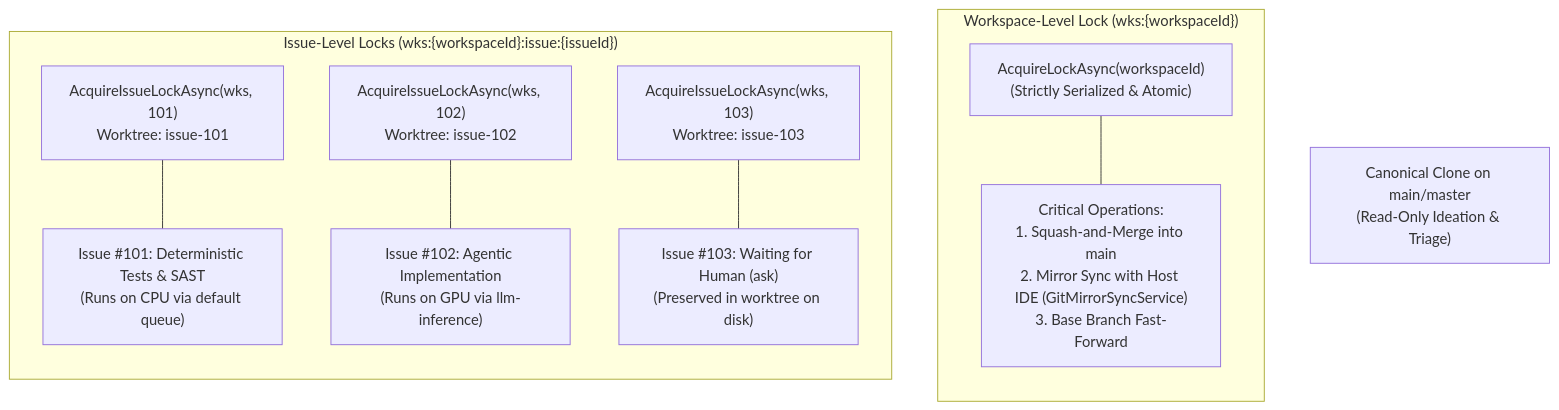
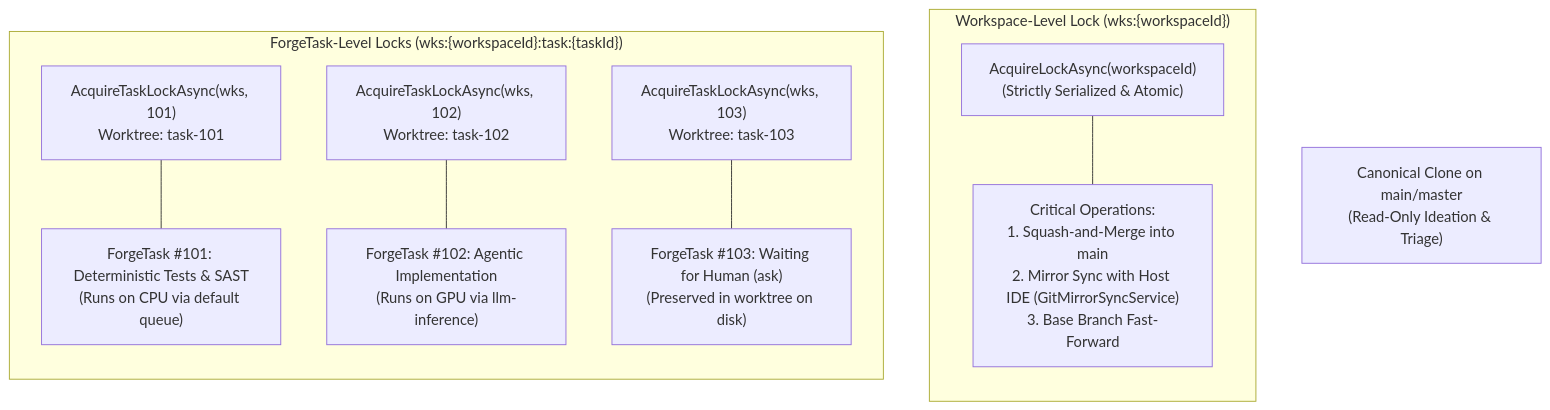
One commit to jetelain/NightCodeForge changed diagram 11 of 22 in docs/ARCHITECTURE.md. Above: the diagram before and after it, drawn with Mermaid. The commit also changed other lines of this file and 151 other files, not shown here.

Commit message:
Issue -> Task

````diff
--- a/docs/ARCHITECTURE.md
+++ b/docs/ARCHITECTURE.md
@@ -705,26 +705,26 @@
 ```mermaid
 flowchart TD
     subgraph WksLevel ["Workspace-Level Lock (wks:{workspaceId})"]
         direction TB
         WksLock["AcquireLockAsync(workspaceId)\n(Strictly Serialized & Atomic)"]
         WksOps["Critical Operations:\n1. Squash-and-Merge into main\n2. Mirror Sync with Host IDE (GitMirrorSyncService)\n3. Base Branch Fast-Forward"]
         WksLock --- WksOps
     end
 
-    subgraph IssueLevel ["Issue-Level Locks (wks:{workspaceId}:issue:{issueId})"]
+    subgraph TaskLevel ["ForgeTask-Level Locks (wks:{workspaceId}:task:{taskId})"]
         direction TB
-        Issue1Lock["AcquireIssueLockAsync(wks, 101)\nWorktree: issue-101"]
-        Issue2Lock["AcquireIssueLockAsync(wks, 102)\nWorktree: issue-102"]
-        Issue3Lock["AcquireIssueLockAsync(wks, 103)\nWorktree: issue-103"]
+        Task1Lock["AcquireTaskLockAsync(wks, 101)\nWorktree: task-101"]
+        Task2Lock["AcquireTaskLockAsync(wks, 102)\nWorktree: task-102"]
+        Task3Lock["AcquireTaskLockAsync(wks, 103)\nWorktree: task-103"]
 
-        Issue1Task["Issue #101: Deterministic Tests & SAST\n(Runs on CPU via default queue)"]
-        Issue2Task["Issue #102: Agentic Implementation\n(Runs on GPU via llm-inference)"]
-        Issue3Task["Issue #103: Waiting for Human (ask)\n(Preserved in worktree on disk)"]
+        Task1Task["ForgeTask #101: Deterministic Tests & SAST\n(Runs on CPU via default queue)"]
+        Task2Task["ForgeTask #102: Agentic Implementation\n(Runs on GPU via llm-inference)"]
+        Task3Task["ForgeTask #103: Waiting for Human (ask)\n(Preserved in worktree on disk)"]
 
-        Issue1Lock --- Issue1Task
-        Issue2Lock --- Issue2Task
-        Issue3Lock --- Issue3Task
+        Task1Lock --- Task1Task
+        Task2Lock --- Task2Task
+        Task3Lock --- Task3Task
     end
 
     Canonical["Canonical Clone on main/master\n(Read-Only Ideation & Triage)"]
 ```
````
